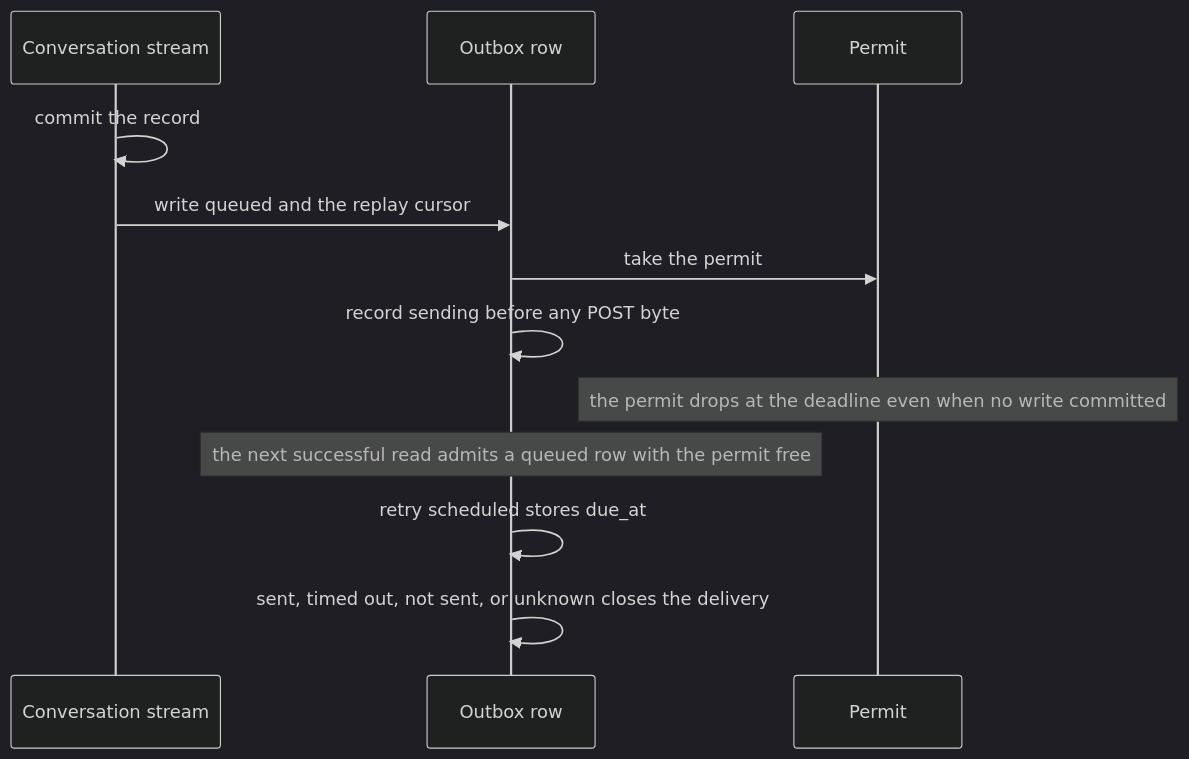
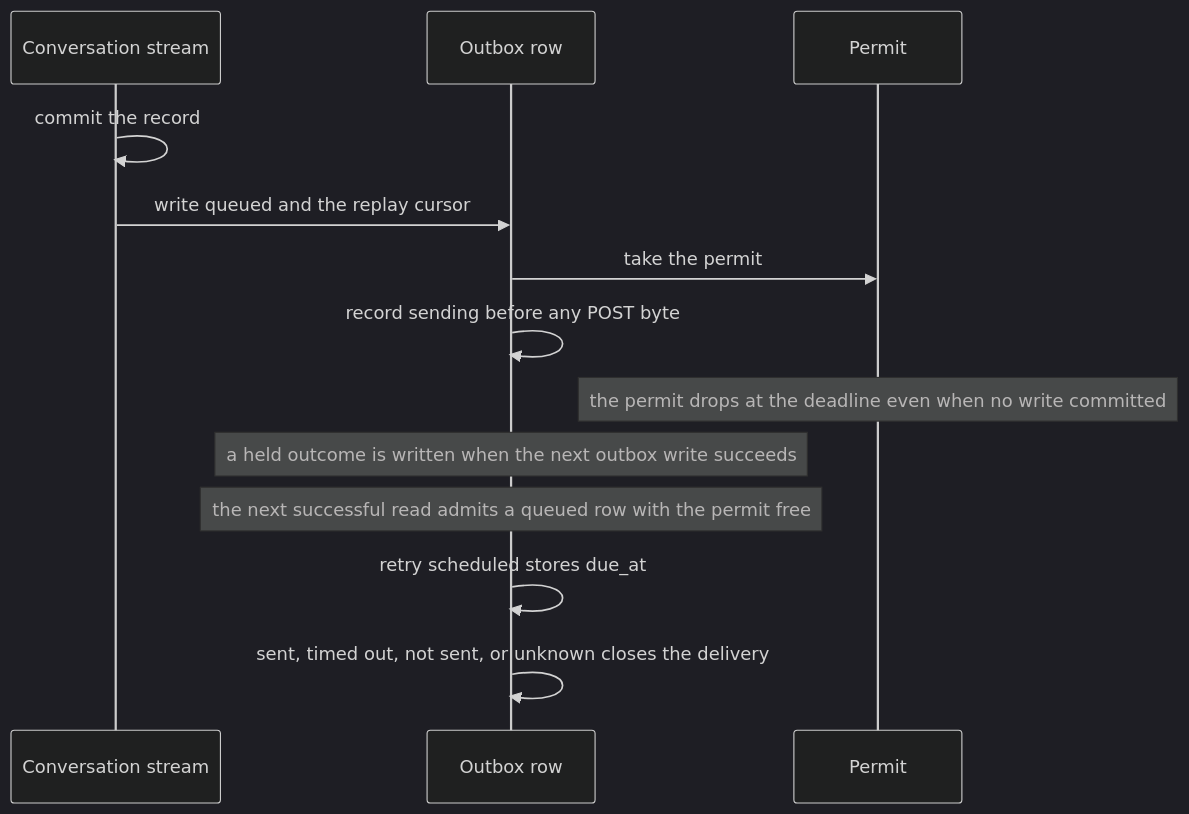
One commit to nessalabs/nessa-agent changed the fourth of 7 diagrams in docs/design/access-grants.md. Above: the diagram before and after it, drawn with Mermaid (dark theme). The commit also changed other lines of this file, not shown here.

First line of the commit message:
Commit the grant log and the webhook outcome with the change

````diff
--- a/docs/design/access-grants.md
+++ b/docs/design/access-grants.md
@@ -872,14 +891,15 @@
 ```mermaid
 sequenceDiagram
   participant Source as Conversation stream
   participant Outbox as Outbox row
   participant Permit
   Source->>Source: commit the record
   Source->>Outbox: write queued and the replay cursor
   Outbox->>Permit: take the permit
   Outbox->>Outbox: record sending before any POST byte
   Note over Permit: the permit drops at the deadline even when no write committed
+  Note over Outbox: a held outcome is written when the next outbox write succeeds
   Note over Outbox: the next successful read admits a queued row with the permit free
   Outbox->>Outbox: retry scheduled stores due_at
   Outbox->>Outbox: sent, timed out, not sent, or unknown closes the delivery
 ```
````
